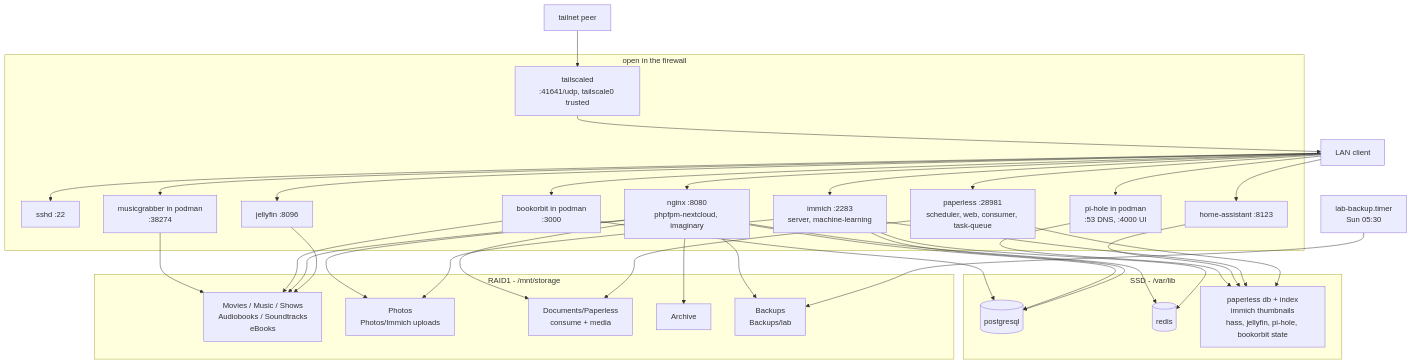
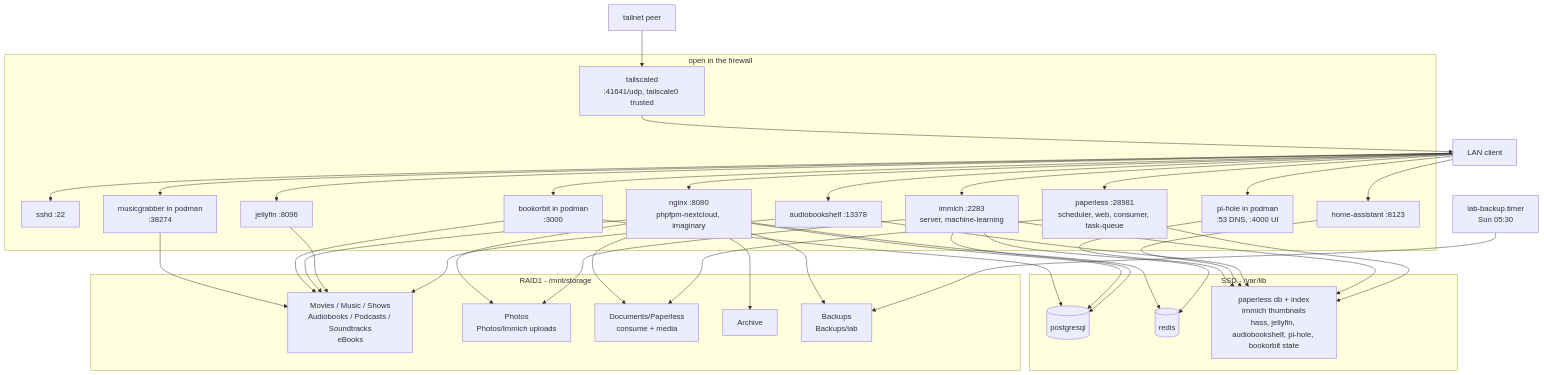
One commit to antonkesy/home-server changed the second of 2 diagrams in README.md. Above: the diagram before and after it, drawn with Mermaid. The commit also changed other lines of this file and 7 other files, not shown here.

Commit message:
add audiobookshelf over Audiobooks and a new Podcasts share

````diff
--- a/README.md
+++ b/README.md
@@ -49,48 +49,51 @@
 ```mermaid
 flowchart TD
   client["LAN client"]
 
   subgraph fw["open in the firewall"]
     ssh["sshd :22"]
     ts["tailscaled<br>:41641/udp, tailscale0 trusted"]
     ph["pi-hole in podman<br>:53 DNS, :4000 UI"]
     has["home-assistant :8123"]
     ncb["nginx :8080<br>phpfpm-nextcloud, imaginary"]
     jfb["jellyfin :8096"]
+    abs["audiobookshelf :13378"]
     plb["paperless :28981<br>scheduler, web, consumer, task-queue"]
     imb["immich :2283<br>server, machine-learning"]
     mgb["musicgrabber in podman<br>:38274"]
     bob["bookorbit in podman<br>:3000"]
   end
 
   subgraph ssdg["SSD - /var/lib"]
     pg[("postgresql")]
     rd[("redis")]
-    st["paperless db + index<br>immich thumbnails<br>hass, jellyfin, pi-hole, bookorbit state"]
+    st["paperless db + index<br>immich thumbnails<br>hass, jellyfin, audiobookshelf, pi-hole, bookorbit state"]
   end
 
   subgraph raid["RAID1 - /mnt/storage"]
-    med["Movies / Music / Shows<br>Audiobooks / Soundtracks<br>eBooks"]
+    med["Movies / Music / Shows<br>Audiobooks / Podcasts / Soundtracks<br>eBooks"]
     pho["Photos<br>Photos/Immich uploads"]
     doc["Documents/Paperless<br>consume + media"]
     arc["Archive"]
     bak["Backups<br>Backups/lab"]
   end
 
   client --> ssh & ph & has
   remote["tailnet peer"] --> ts --> client
-  client --> ncb & jfb & plb & imb & mgb & bob
+  client --> ncb & jfb & abs & plb & imb & mgb & bob
   mgb --> med
   bob --> pg
   bob --> med
   ph --> st
   has --> st
   ncb --> pg & rd
   ncb --> med & pho & doc & arc & bak
   jfb --> med
+  abs --> med
+  abs --> st
   imb --> pg & rd & st
   imb --> pho
   plb --> doc
   plb --> st
   tb["lab-backup.timer<br>Sun 05:30"] --> bak
 ```
````
